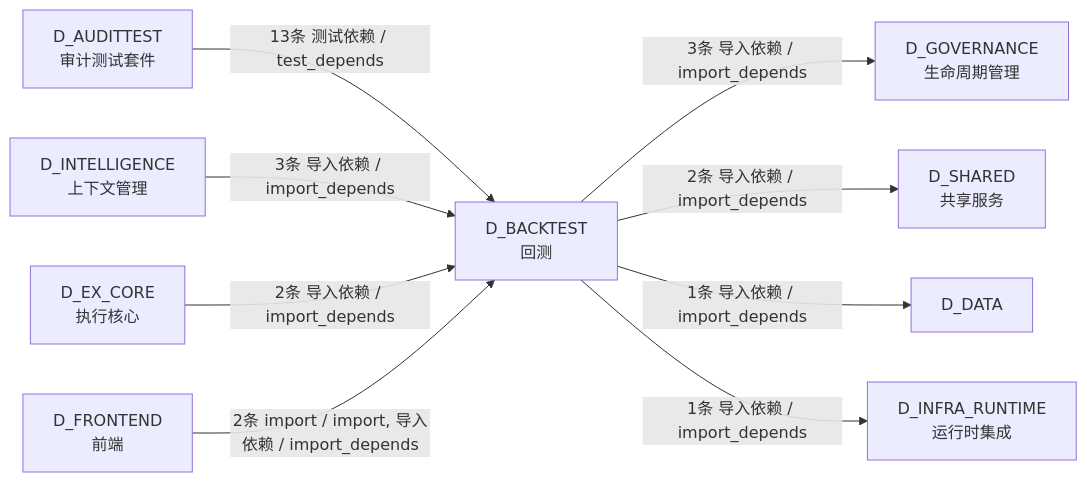
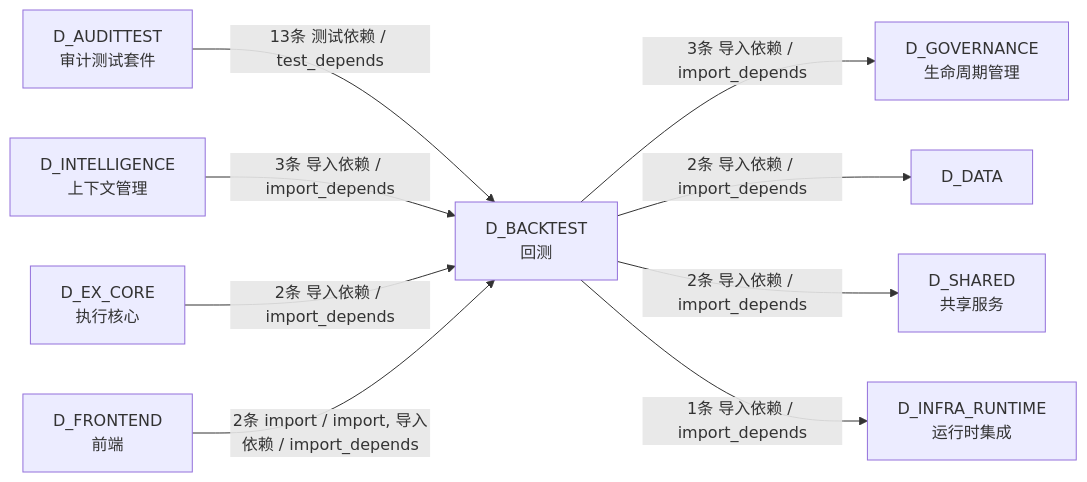
Before and after one commit to xuanFelixVan/ZephyrAlpha: the sixth of 6 diagrams in docs/02_enterprise_architecture/02_domain_architecture_docs/30_d_backtest.md, drawn with Mermaid. The commit also changed other lines of this file and 126 other files, not shown here.

````diff
--- a/docs/02_enterprise_architecture/02_domain_architecture_docs/30_d_backtest.md
+++ b/docs/02_enterprise_architecture/02_domain_architecture_docs/30_d_backtest.md
@@ -420,20 +423,20 @@
 ```mermaid
 graph LR
     D_BACKTEST["D_BACKTEST<br/>回测"]
     D_GOVERNANCE["D_GOVERNANCE<br/>生命周期管理"]
+    D_DATA["D_DATA"]
     D_SHARED["D_SHARED<br/>共享服务"]
-    D_DATA["D_DATA"]
     D_INFRA_RUNTIME["D_INFRA_RUNTIME<br/>运行时集成"]
     D_AUDITTEST["D_AUDITTEST<br/>审计测试套件"]
     D_INTELLIGENCE["D_INTELLIGENCE<br/>上下文管理"]
     D_EX_CORE["D_EX_CORE<br/>执行核心"]
     D_FRONTEND["D_FRONTEND<br/>前端"]
     D_BACKTEST -->|3条 导入依赖 / import_depends| D_GOVERNANCE
+    D_BACKTEST -->|2条 导入依赖 / import_depends| D_DATA
     D_BACKTEST -->|2条 导入依赖 / import_depends| D_SHARED
-    D_BACKTEST -->|1条 导入依赖 / import_depends| D_DATA
     D_BACKTEST -->|1条 导入依赖 / import_depends| D_INFRA_RUNTIME
     D_AUDITTEST -->|13条 测试依赖 / test_depends| D_BACKTEST
     D_INTELLIGENCE -->|3条 导入依赖 / import_depends| D_BACKTEST
     D_EX_CORE -->|2条 导入依赖 / import_depends| D_BACKTEST
     D_FRONTEND -->|2条 import / import, 导入依赖 / import_depends| D_BACKTEST
 ```
````
